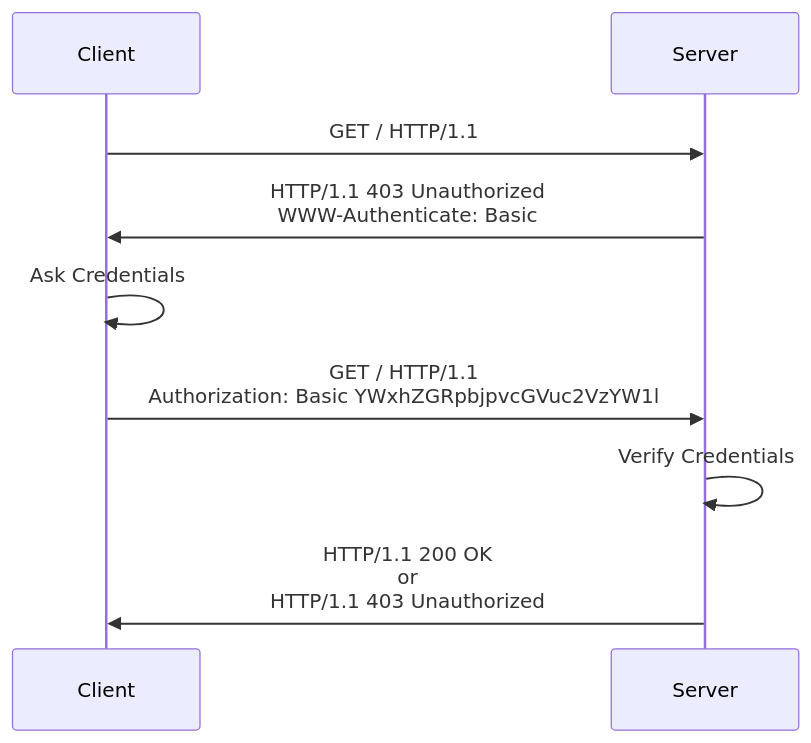
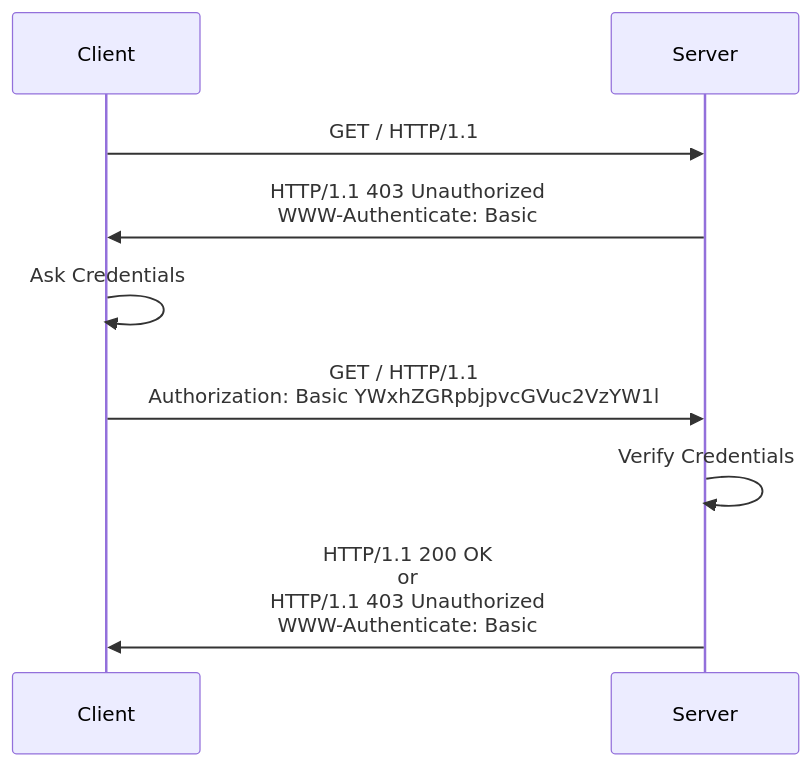
One commit to writeonlycode/basic-authentication changed the diagram in README.md. Above: the diagram before and after it, drawn with Mermaid. The commit also changed other lines of this file, not shown here.

Commit message:
Update README with references to the RFCs that defines basic authentication and with security concerns about basic authentication

````diff
--- a/README.md
+++ b/README.md
@@ -15,9 +21,9 @@
 ```mermaid
 sequenceDiagram
 Client ->> Server: GET / HTTP/1.1
 Server ->> Client: HTTP/1.1 403 Unauthorized<br>WWW-Authenticate: Basic
 Client ->> Client: Ask Credentials
 Client ->> Server: GET / HTTP/1.1<br/>Authorization: Basic YWxhZGRpbjpvcGVuc2VzYW1l
 Server ->> Server: Verify Credentials
-Server ->> Client: HTTP/1.1 200 OK<br/>or<br/>HTTP/1.1 403 Unauthorized
+Server ->> Client: HTTP/1.1 200 OK<br/>or<br/>HTTP/1.1 403 Unauthorized<br>WWW-Authenticate: Basic
 ```
````
